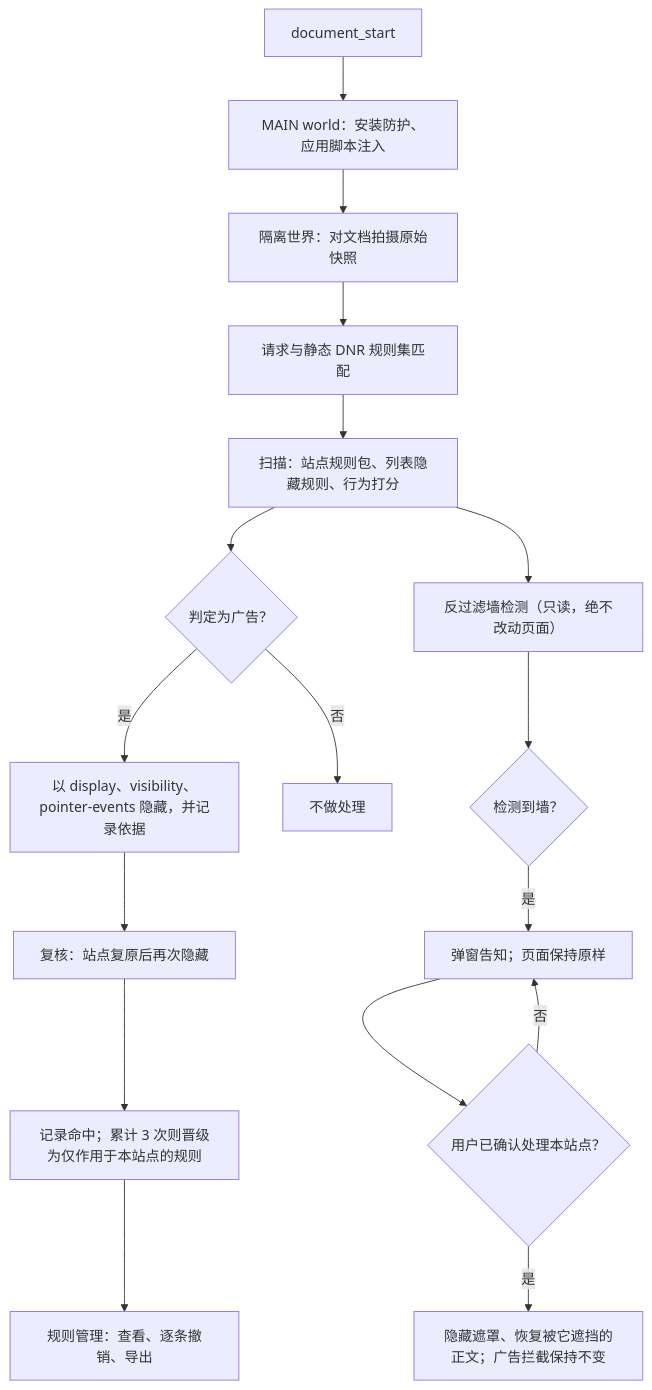
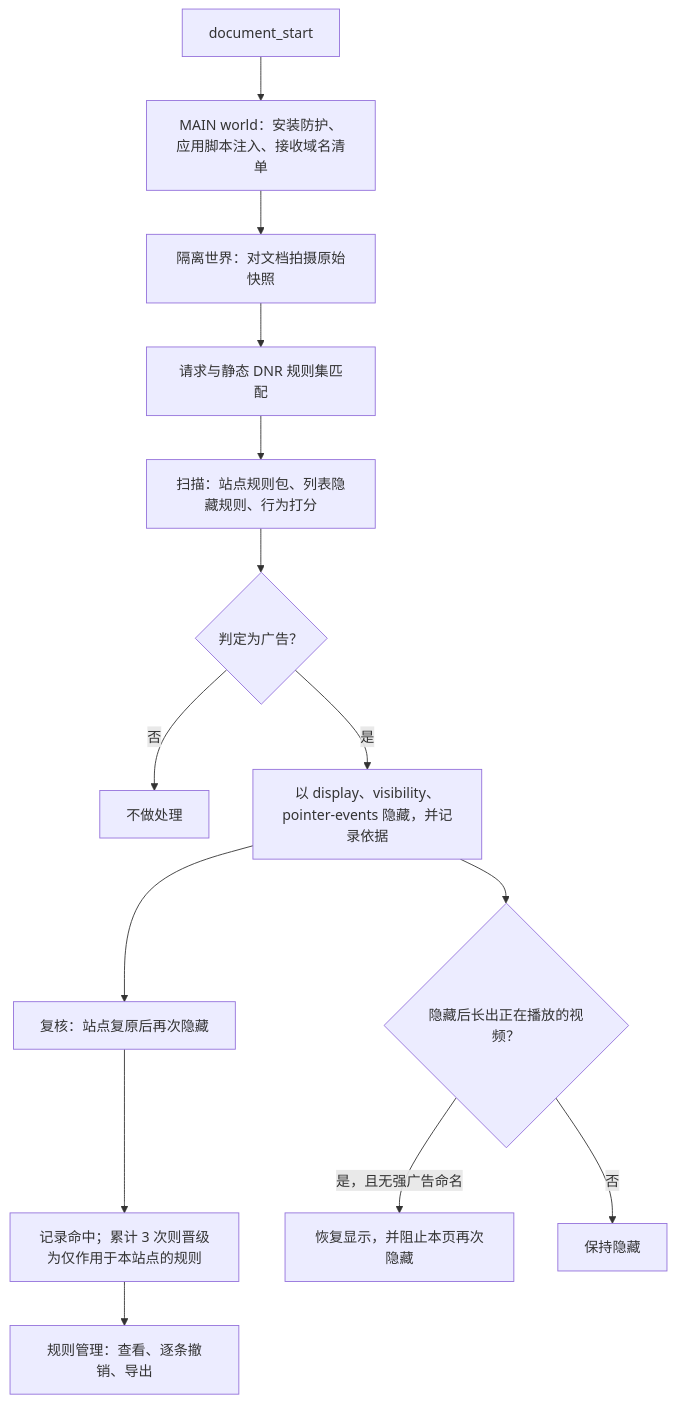
One commit to jfxia/AdBlow changed the diagram in docs/diagrams/flow-zh.mmd. Above: the diagram before and after it, drawn with Mermaid. The commit also changed 16 other files, not shown here.

```diff
--- a/docs/diagrams/flow-zh.mmd
+++ b/docs/diagrams/flow-zh.mmd
@@ -1,17 +1,14 @@
 flowchart TD
-  start["document_start"] --> a["MAIN world：安装防护、应用脚本注入"]
+  start["document_start"] --> a["MAIN world：安装防护、应用脚本注入、接收域名清单"]
   a --> b["隔离世界：对文档拍摄原始快照"]
   b --> c["请求与静态 DNR 规则集匹配"]
   c --> d["扫描：站点规则包、列表隐藏规则、行为打分"]
   d --> e{"判定为广告？"}
+  e -->|"否"| g["不做处理"]
   e -->|"是"| f["以 display、visibility、pointer-events 隐藏，并记录依据"]
-  e -->|"否"| g["不做处理"]
   f --> h["复核：站点复原后再次隐藏"]
   h --> i["记录命中；累计 3 次则晋级为仅作用于本站点的规则"]
   i --> j["规则管理：查看、逐条撤销、导出"]
-  d --> k["反过滤墙检测（只读，绝不改动页面）"]
-  k --> l{"检测到墙？"}
-  l -->|"是"| m["弹窗告知；页面保持原样"]
-  m --> n{"用户已确认处理本站点？"}
-  n -->|"是"| o["隐藏遮罩、恢复被它遮挡的正文；广告拦截保持不变"]
-  n -->|"否"| m
+  f --> r{"隐藏后长出正在播放的视频？"}
+  r -->|"是，且无强广告命名"| r2["恢复显示，并阻止本页再次隐藏"]
+  r -->|"否"| r3["保持隐藏"]
```
